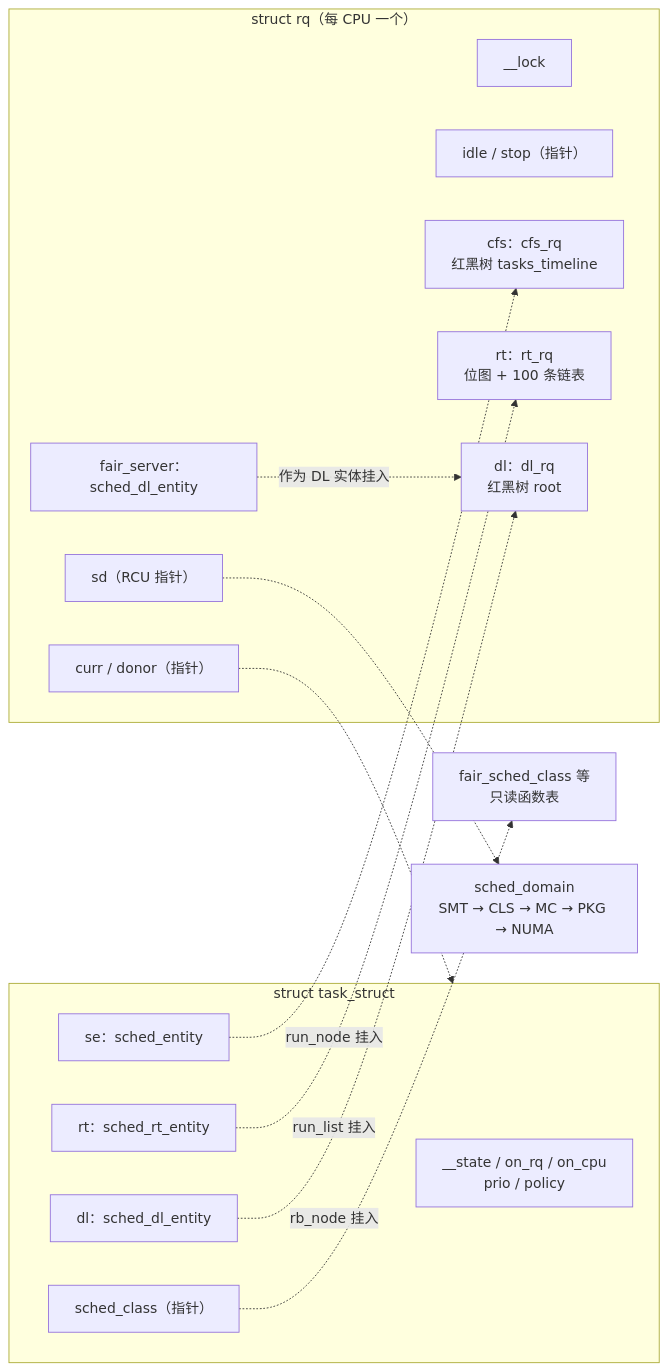
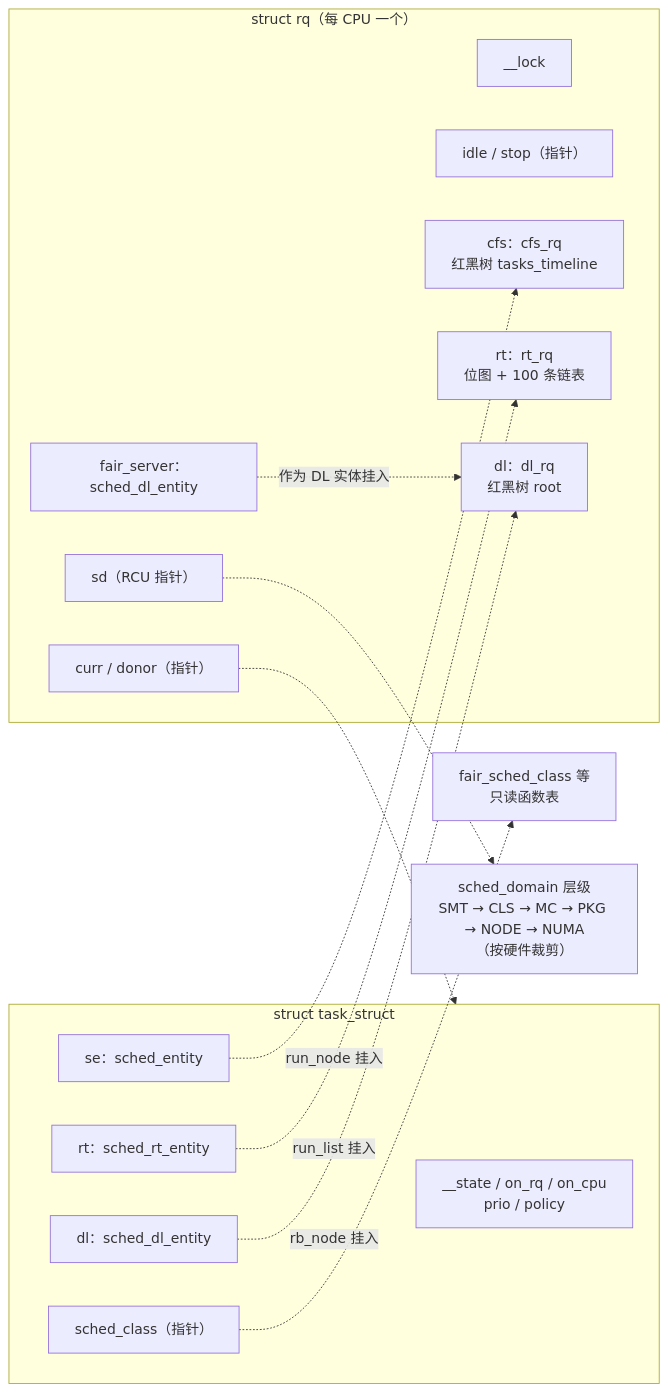
One commit to linuxperf/linux-study changed the second of 5 diagrams in book/sched/introduction.md. Above: the diagram before and after it, drawn with Mermaid. The commit also changed other lines of this file and 2 other files, not shown here.

````diff
--- a/book/sched/introduction.md
+++ b/book/sched/introduction.md
@@ -198,32 +198,32 @@
 ```mermaid
 flowchart LR
     subgraph TASK["struct task_struct"]
         TS["__state / on_rq / on_cpu<br/>prio / policy"]
         SC["sched_class（指针）"]
         SE["se：sched_entity"]
         RTE["rt：sched_rt_entity"]
         DLE["dl：sched_dl_entity"]
     end
 
     subgraph RQ["struct rq（每 CPU 一个）"]
         LOCK["__lock"]
         CURR["curr / donor（指针）"]
         IDLE["idle / stop（指针）"]
         CFS["cfs：cfs_rq<br/>红黑树 tasks_timeline"]
         RT["rt：rt_rq<br/>位图 + 100 条链表"]
         DL["dl：dl_rq<br/>红黑树 root"]
         FS["fair_server：sched_dl_entity"]
         SDP["sd（RCU 指针）"]
     end
 
     CLS["fair_sched_class 等<br/>只读函数表"]
-    DOM["sched_domain<br/>SMT → CLS → MC → PKG → NUMA"]
+    DOM["sched_domain 层级<br/>SMT → CLS → MC → PKG → NODE → NUMA<br/>（按硬件裁剪）"]
 
     SC -.-> CLS
     SE -.->|"run_node 挂入"| CFS
     RTE -.->|"run_list 挂入"| RT
     DLE -.->|"rb_node 挂入"| DL
     FS -.->|"作为 DL 实体挂入"| DL
     CURR -.-> TASK
     SDP -.-> DOM
 ```
````
